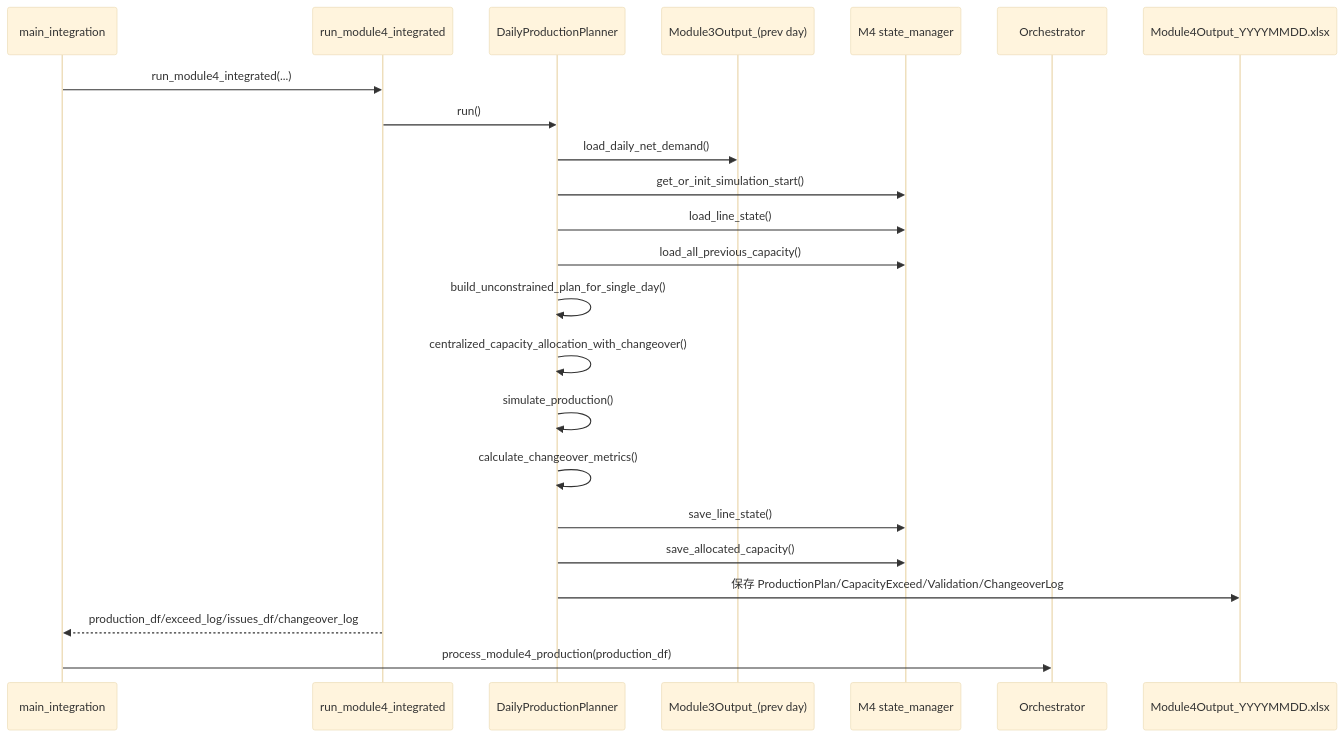
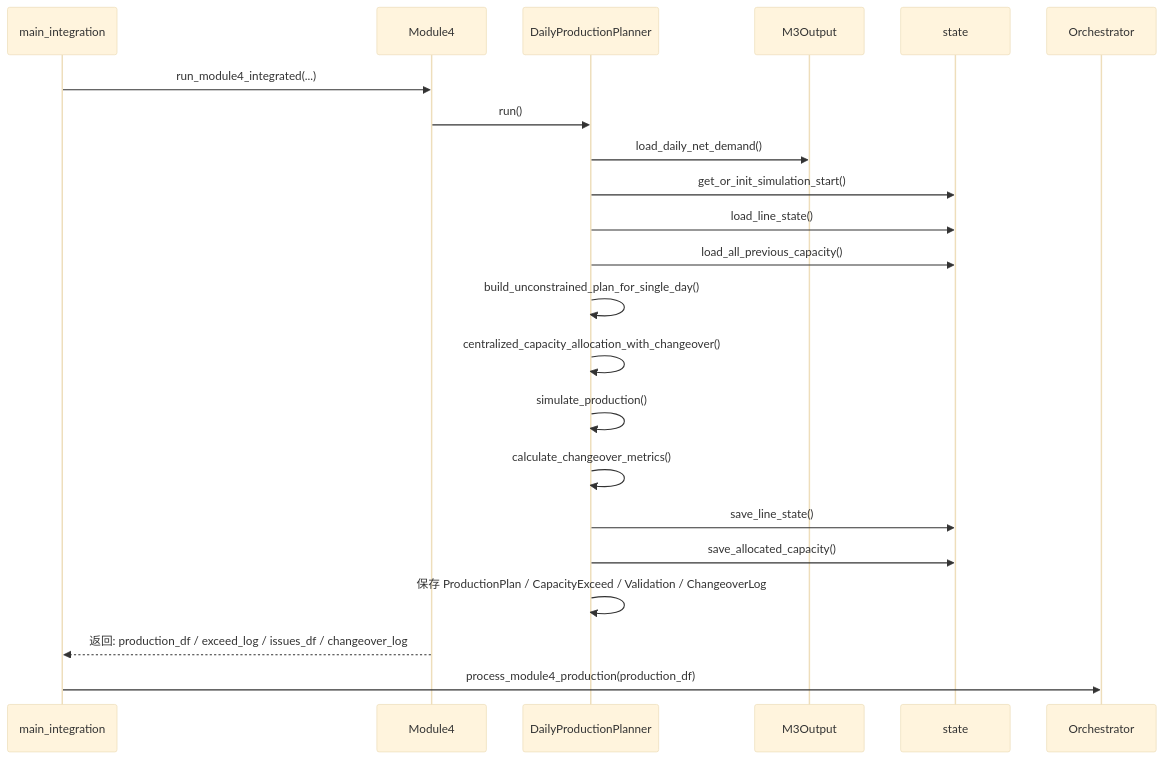
One commit to senzhang-ps/chainsight changed the fourth of 9 diagrams in docs/交接文档/Refactored/模块级时序图文档.md. Above: the diagram before and after it, drawn with Mermaid (base theme). The commit also changed other lines of this file, not shown here.

Commit message:
docs: 统一时序图格式 — 将M3/日末/DB模式的ASCII文本框转为Mermaid sequenceDiagram

````diff
--- a/docs/交接文档/Refactored/模块级时序图文档.md
+++ b/docs/交接文档/Refactored/模块级时序图文档.md
@@ -166,26 +167,25 @@
 ```mermaid
 sequenceDiagram
     participant MAIN as main_integration
-    participant M4 as run_module4_integrated
+    participant M4 as Module4
     participant M4MAIN as DailyProductionPlanner
-    participant M3OUT as Module3Output_(prev day)
-    participant STATE as M4 state_manager
+    participant M3OUT as M3Output
+    participant STATE as state
     participant ORC as Orchestrator
-    participant XLSX as Module4Output_YYYYMMDD.xlsx
 
     MAIN->>M4: run_module4_integrated(...)
     M4->>M4MAIN: run()
     M4MAIN->>M3OUT: load_daily_net_demand()
     M4MAIN->>STATE: get_or_init_simulation_start()
     M4MAIN->>STATE: load_line_state()
     M4MAIN->>STATE: load_all_previous_capacity()
     M4MAIN->>M4MAIN: build_unconstrained_plan_for_single_day()
     M4MAIN->>M4MAIN: centralized_capacity_allocation_with_changeover()
     M4MAIN->>M4MAIN: simulate_production()
     M4MAIN->>M4MAIN: calculate_changeover_metrics()
     M4MAIN->>STATE: save_line_state()
     M4MAIN->>STATE: save_allocated_capacity()
-    M4MAIN->>XLSX: 保存 ProductionPlan/CapacityExceed/Validation/ChangeoverLog
-    M4-->>MAIN: production_df/exceed_log/issues_df/changeover_log
+    M4MAIN->>M4MAIN: 保存 ProductionPlan / CapacityExceed / Validation / ChangeoverLog
+    M4-->>MAIN: 返回: production_df / exceed_log / issues_df / changeover_log
     MAIN->>ORC: process_module4_production(production_df)
 ```
````
